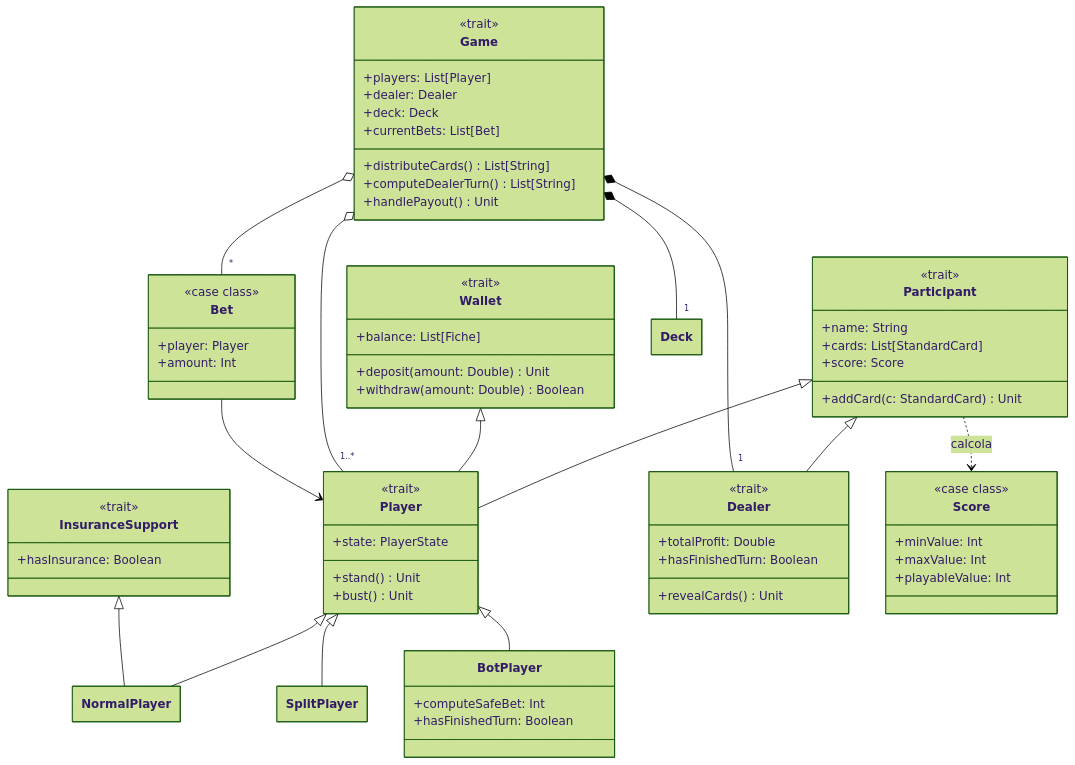
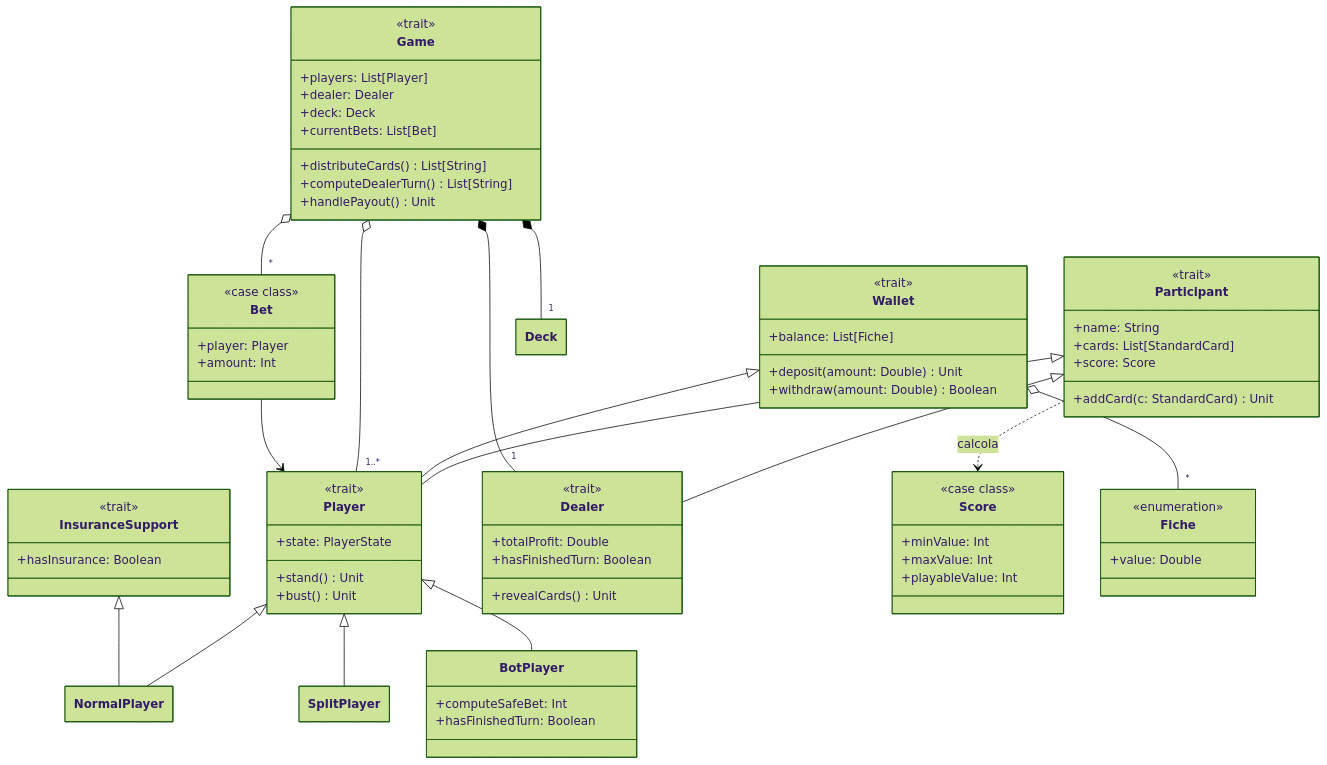
The diagram in docs/report/design/model.md (NicoForlivesi/PPS-26-scalajack), drawn with Mermaid (forest theme) before and after one commit. The commit also changed other lines of this file, not shown here.

Commit message:
Desing->model: added 'Fiche' explanation

```diff
--- a/docs/report/design/model.md
+++ b/docs/report/design/model.md
@@ -75,10 +75,15 @@
         +maxValue: Int
         +playableValue: Int
     }
+    class Fiche {
+        <<enumeration>>
+        +value: Double
+    }
 
     Participant <|-- Player
     Participant <|-- Dealer
     Wallet <|-- Player
+    Wallet o-- "*" Fiche
     Player <|-- NormalPlayer
     InsuranceSupport <|-- NormalPlayer
     Player <|-- SplitPlayer
```
